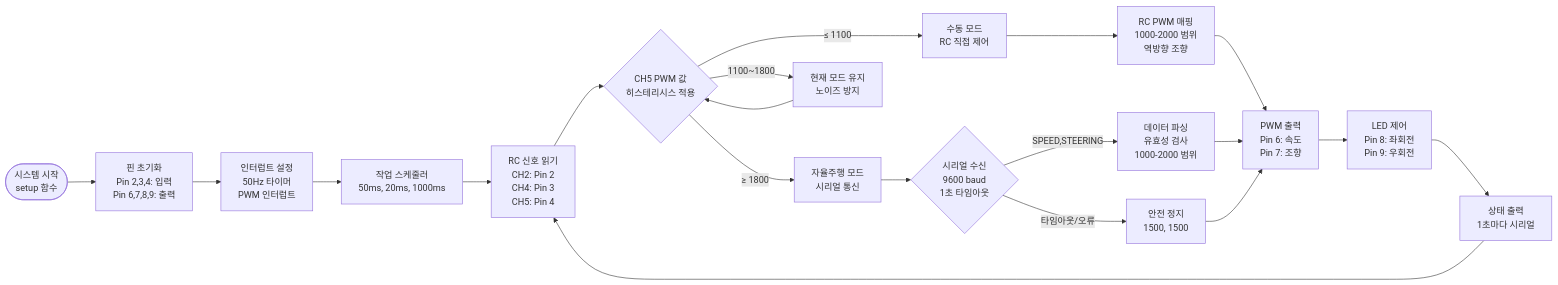
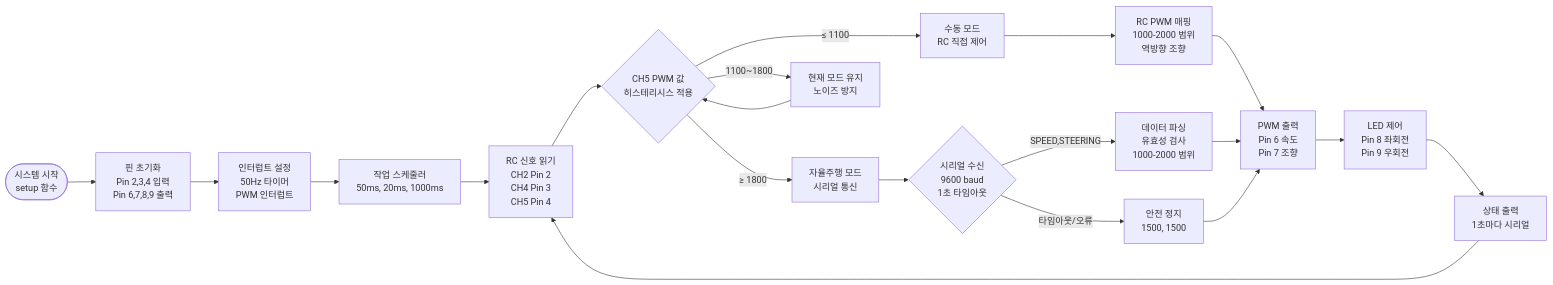
Before and after one commit to happycat0502/mission_3: the first of 2 diagrams in README.md, drawn with Mermaid. The commit also changed other lines of this file, not shown here.

````diff
--- a/README.md
+++ b/README.md
@@ -225,27 +225,27 @@
 ```mermaid
 flowchart LR
-    Start([시스템 시작<br/>setup 함수]) --> InitPins[핀 초기화<br/>Pin 2,3,4: 입력<br/>Pin 6,7,8,9: 출력]
+    Start([시스템 시작<br/>setup 함수]) --> InitPins[핀 초기화<br/>Pin 2,3,4 입력<br/>Pin 6,7,8,9 출력]
     InitPins --> SetupISR[인터럽트 설정<br/>50Hz 타이머<br/>PWM 인터럽트]
     SetupISR --> TaskInit[작업 스케줄러<br/>50ms, 20ms, 1000ms]
     
-    TaskInit --> ReadRC[RC 신호 읽기<br/>CH2: Pin 2<br/>CH4: Pin 3<br/>CH5: Pin 4]
+    TaskInit --> ReadRC[RC 신호 읽기<br/>CH2 Pin 2<br/>CH4 Pin 3<br/>CH5 Pin 4]
     ReadRC --> CheckMode{CH5 PWM 값<br/>히스테리시스 적용}
     
     CheckMode -->|≤ 1100| Manual[수동 모드<br/>RC 직접 제어]
     CheckMode -->|≥ 1800| Auto[자율주행 모드<br/>시리얼 통신]
     CheckMode -->|1100~1800| Keep[현재 모드 유지<br/>노이즈 방지]
     
     Manual --> MapRC[RC PWM 매핑<br/>1000-2000 범위<br/>역방향 조향]
     Auto --> SerialCheck{시리얼 수신<br/>9600 baud<br/>1초 타임아웃}
     Keep --> CheckMode
     
-    MapRC --> PWMOut[PWM 출력<br/>Pin 6: 속도<br/>Pin 7: 조향]
+    MapRC --> PWMOut[PWM 출력<br/>Pin 6 속도<br/>Pin 7 조향]
     SerialCheck -->|"SPEED,STEERING"| Parse[데이터 파싱<br/>유효성 검사<br/>1000-2000 범위]
     SerialCheck -->|타임아웃/오류| SafeStop[안전 정지<br/>1500, 1500]
     
     Parse --> PWMOut
     SafeStop --> PWMOut
-    PWMOut --> LEDControl[LED 제어<br/>Pin 8: 좌회전<br/>Pin 9: 우회전]
+    PWMOut --> LEDControl[LED 제어<br/>Pin 8 좌회전<br/>Pin 9 우회전]
     LEDControl --> Status[상태 출력<br/>1초마다 시리얼]
     Status --> ReadRC
 ```
````
